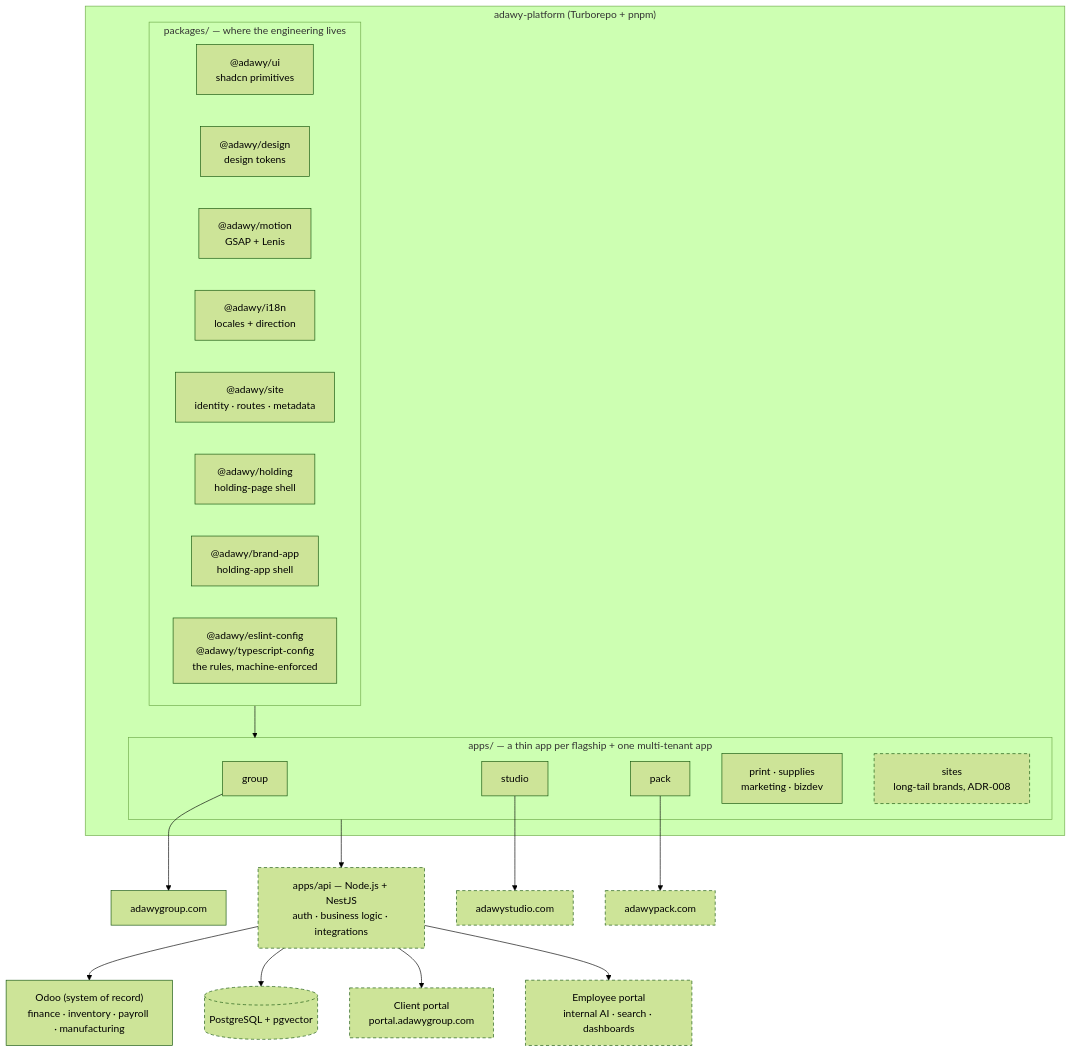
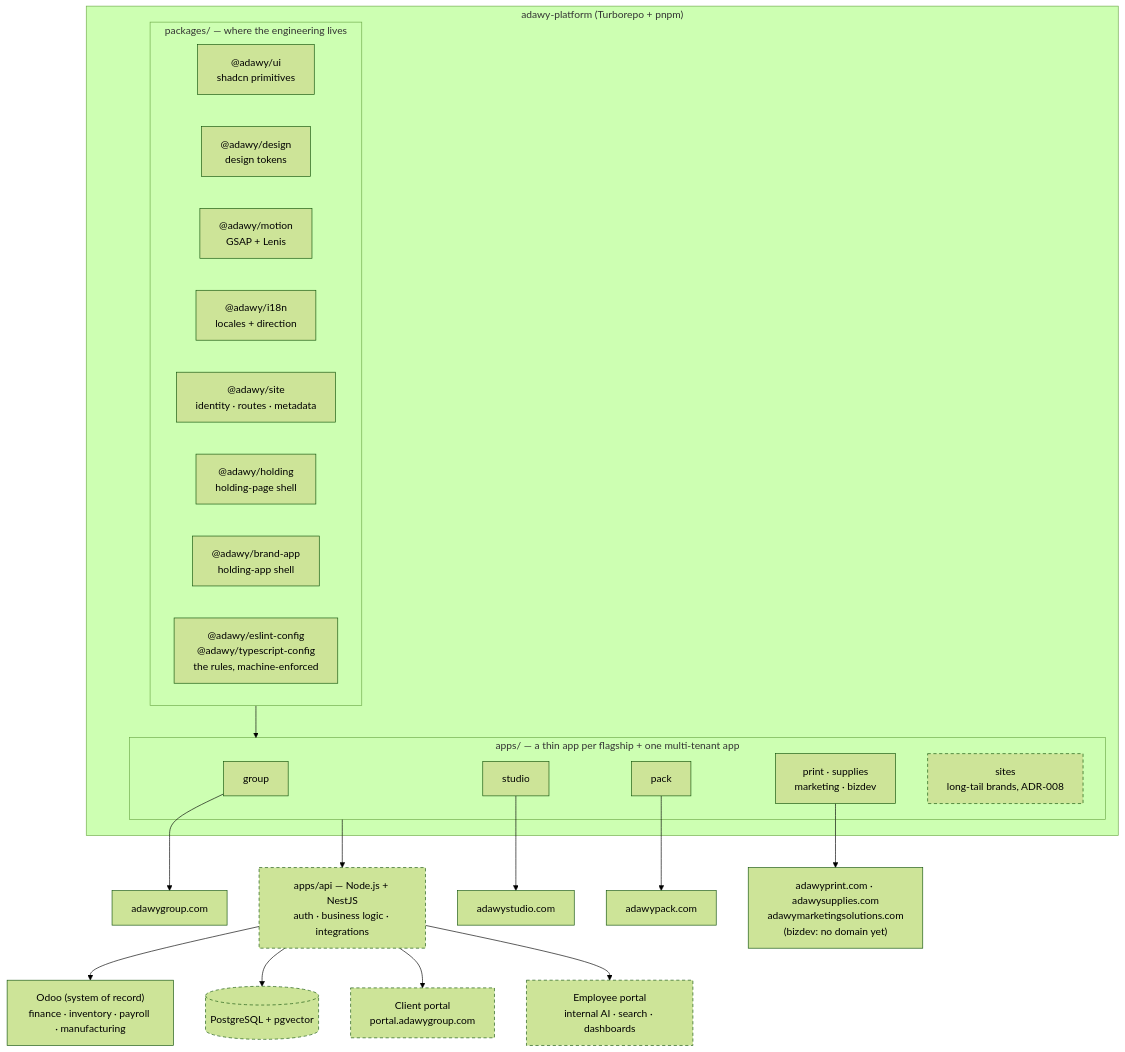
The diagram in content/architecture/index.mdx (Adawy-Group/adawy-technical-docs), drawn with Mermaid (forest theme) before and after one commit. The commit also changed other lines of this file and 21 other files, not shown here.

````diff
--- a/content/architecture/index.mdx
+++ b/content/architecture/index.mdx
@@ -17,34 +17,35 @@
 ```mermaid
 flowchart TD
     subgraph MONO["adawy-platform (Turborepo + pnpm)"]
         subgraph PKGS["packages/ — where the engineering lives"]
             UI["@adawy/ui<br/>shadcn primitives"]
             TW["@adawy/design<br/>design tokens"]
             MO["@adawy/motion<br/>GSAP + Lenis"]
             IN["@adawy/i18n<br/>locales + direction"]
             SEOP["@adawy/site<br/>identity · routes · metadata"]
             UT["@adawy/holding<br/>holding-page shell"]
             BA["@adawy/brand-app<br/>holding-app shell"]
             LINT["@adawy/eslint-config<br/>@adawy/typescript-config<br/>the rules, machine-enforced"]
         end
         subgraph APPS["apps/ — a thin app per flagship + one multi-tenant app"]
             G["group"]
             S["studio"]
             P["pack"]
             H["print · supplies<br/>marketing · bizdev"]
             N["sites<br/>long-tail brands, ADR-008"]
         end
         PKGS --> APPS
     end
     G --> DG["adawygroup.com"]
     S --> DS["adawystudio.com"]
     P --> DP["adawypack.com"]
+    H --> DH["adawyprint.com · adawysupplies.com<br/>adawymarketingsolutions.com<br/>(bizdev: no domain yet)"]
     APPS --> BE["apps/api — Node.js + NestJS<br/>auth · business logic · integrations"]
     BE --> ODOO["Odoo (system of record)<br/>finance · inventory · payroll · manufacturing"]
     BE --> DB[("PostgreSQL + pgvector")]
     BE --> PORTAL["Client portal<br/>portal.adawygroup.com"]
     BE --> EMP["Employee portal<br/>internal AI · search · dashboards"]
 
     classDef planned stroke-dasharray: 5 4;
-    class N,BE,DB,PORTAL,EMP,DS,DP planned;
+    class N,BE,DB,PORTAL,EMP planned;
 ```
````
